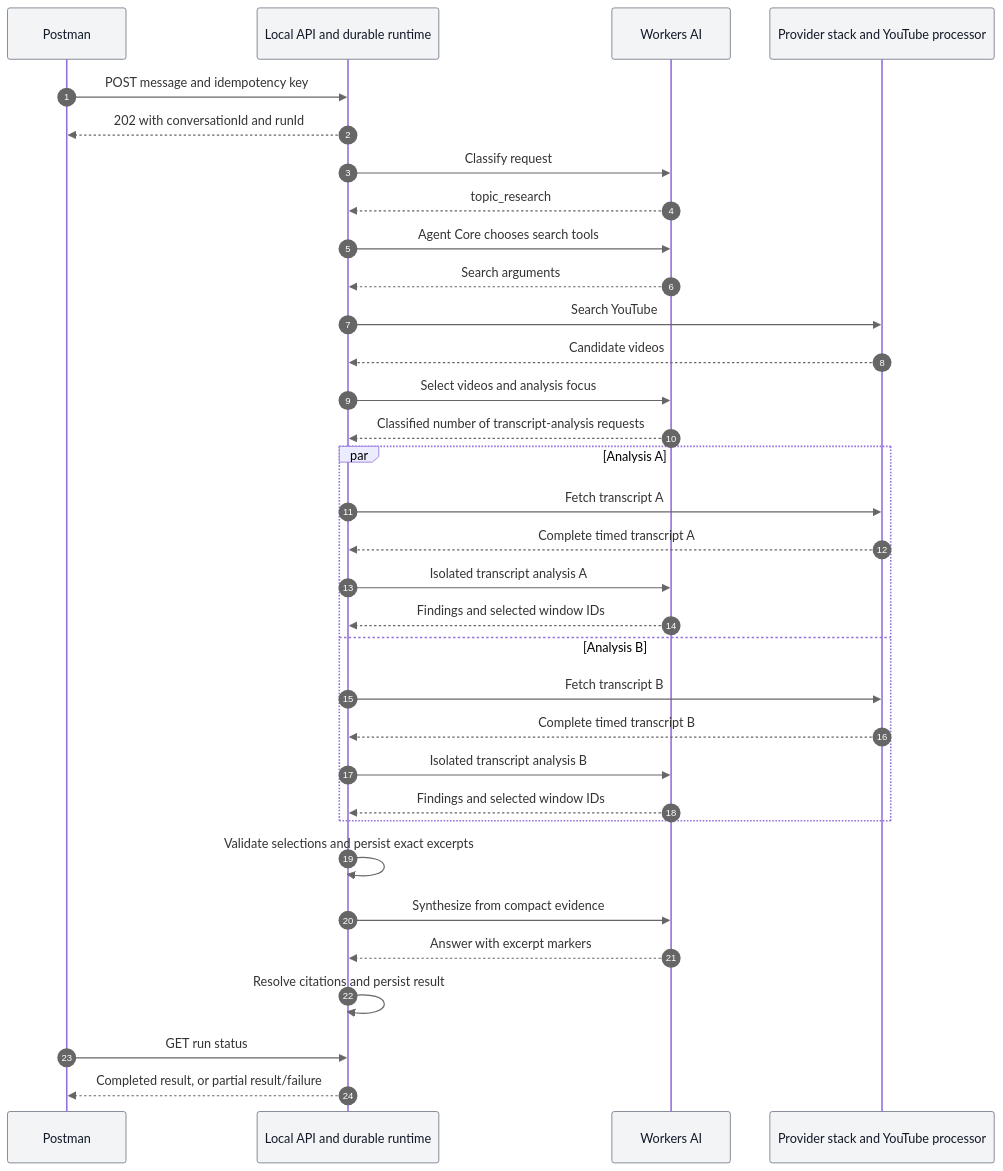
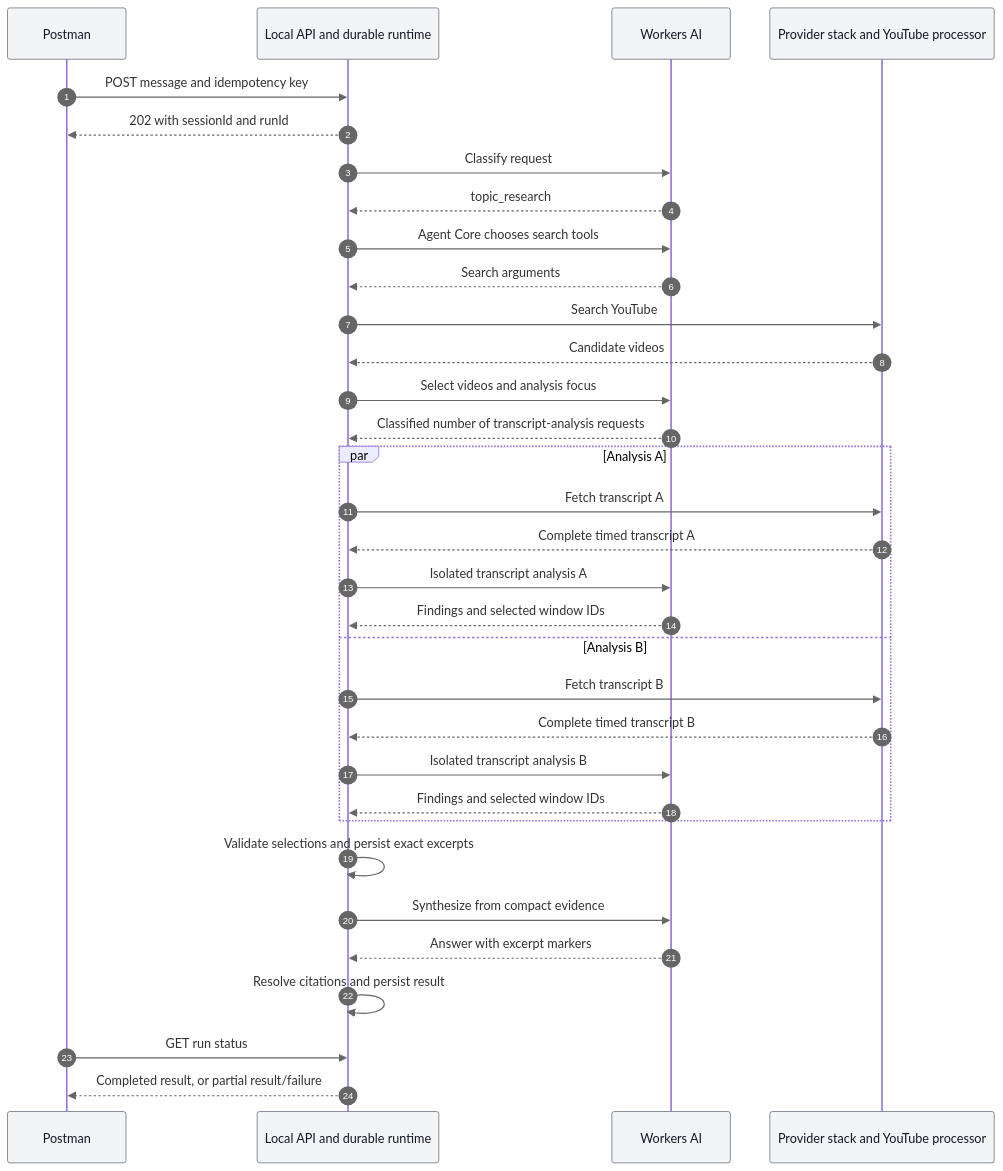
One commit to devhims/video2ctx changed the first of 3 diagrams in reference/engineering/AGENT_PATHS_AND_LIMITS.md. Above: the diagram before and after it, drawn with Mermaid. The commit also changed other lines of this file and 34 other files, not shown here.

````diff
--- a/reference/engineering/AGENT_PATHS_AND_LIMITS.md
+++ b/reference/engineering/AGENT_PATHS_AND_LIMITS.md
@@ -21,36 +21,36 @@
 ```mermaid
 %%{init: {"themeVariables": {"signalColor": "#666666", "sequenceNumberColor": "#ffffff", "actorBkg": "#f3f4f6", "actorTextColor": "#111827", "actorBorder": "#6b7280"}}}%%
 sequenceDiagram
     autonumber
     participant P as Postman
     participant R as Local API and durable runtime
     participant M as Workers AI
     participant Y as Provider stack and YouTube processor
     P->>R: POST message and idempotency key
-    R-->>P: 202 with conversationId and runId
+    R-->>P: 202 with sessionId and runId
     R->>M: Classify request
     M-->>R: topic_research
     R->>M: Agent Core chooses search tools
     M-->>R: Search arguments
     R->>Y: Search YouTube
     Y-->>R: Candidate videos
     R->>M: Select videos and analysis focus
     M-->>R: Classified number of transcript-analysis requests
     par Analysis A
         R->>Y: Fetch transcript A
         Y-->>R: Complete timed transcript A
         R->>M: Isolated transcript analysis A
         M-->>R: Findings and selected window IDs
     and Analysis B
         R->>Y: Fetch transcript B
         Y-->>R: Complete timed transcript B
         R->>M: Isolated transcript analysis B
         M-->>R: Findings and selected window IDs
     end
     R->>R: Validate selections and persist exact excerpts
     R->>M: Synthesize from compact evidence
     M-->>R: Answer with excerpt markers
     R->>R: Resolve citations and persist result
     P->>R: GET run status
     R-->>P: Completed result, or partial result/failure
 ```
````
